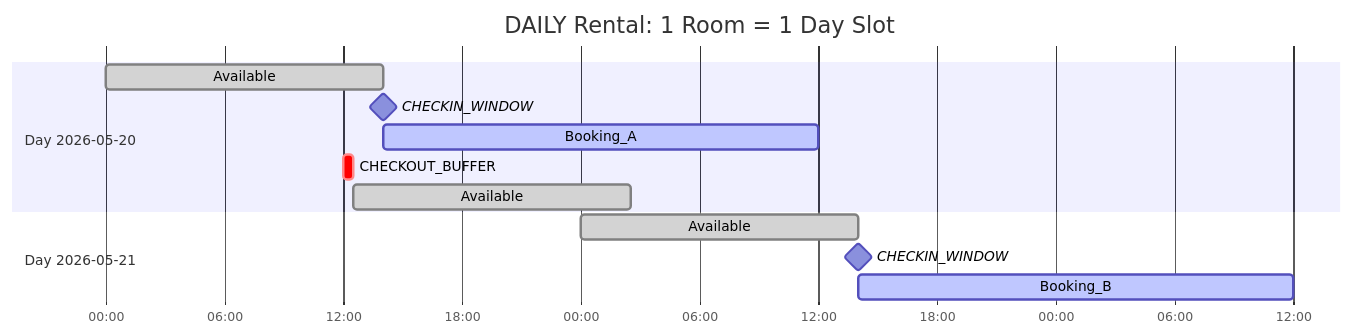
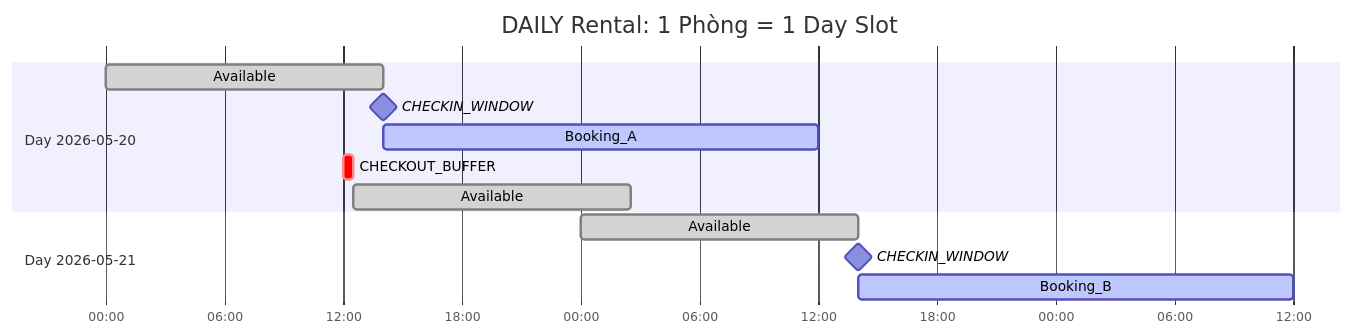
Before and after one commit to PhamVietHoangFPT/databaseHomi: the ninth of 54 diagrams in Mermaid.md, drawn with Mermaid. The commit also changed other lines of this file and 3 other files, not shown here.

````diff
--- a/Mermaid.md
+++ b/Mermaid.md
@@ -413,18 +413,18 @@
 ```mermaid
 gantt
-    title DAILY Rental: 1 Room = 1 Day Slot
+    title DAILY Rental: 1 Phòng = 1 Day Slot
     dateFormat  YYYY-MM-DD HH:mm
     axisFormat  %H:%M
 
     section Day 2026-05-20
     Available         :done,    a1, 2026-05-20 00:00, 14h
     CHECKIN_WINDOW    :milestone, m1, 2026-05-20 14:00, 0h
     Booking_A         :active,  a2, 2026-05-20 14:00, 22h
     CHECKOUT_BUFFER  :crit,   a3, 2026-05-20 12:00, 30m
     Available         :done,    a4, 2026-05-20 12:30, 14h
 
     section Day 2026-05-21
     Available         :done,    b1, 2026-05-21 00:00, 14h
     CHECKIN_WINDOW   :milestone, m2, 2026-05-21 14:00, 0h
     Booking_B         :active,  b2, 2026-05-21 14:00, 22h
 ```
````
